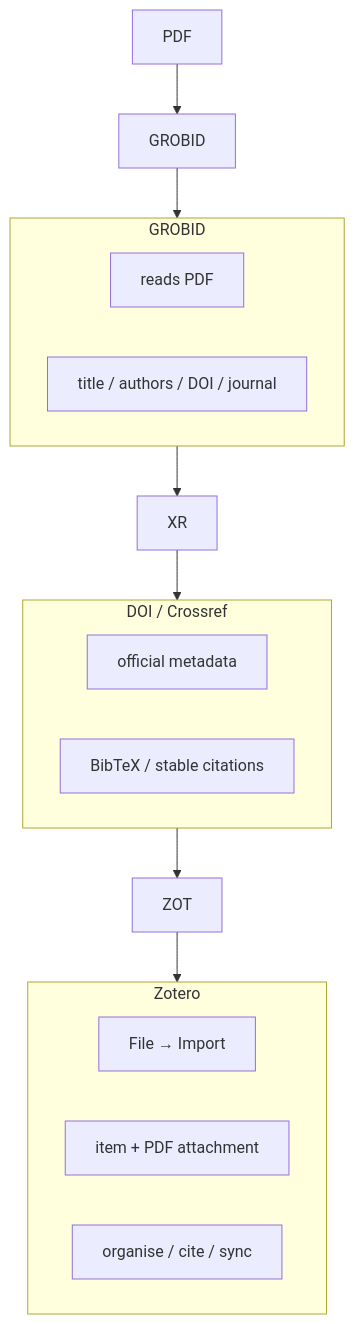
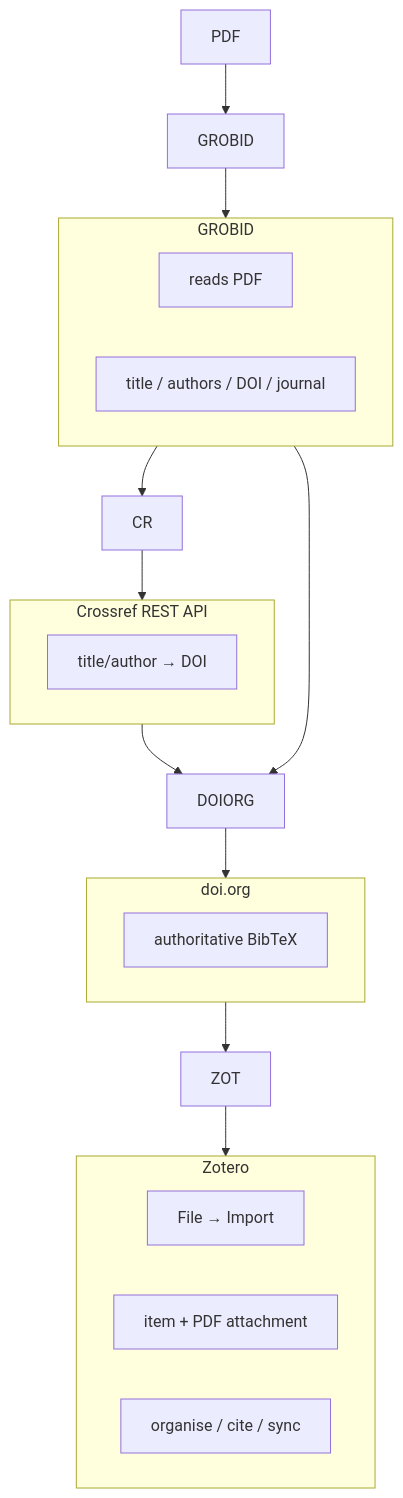
Before and after one commit to jensabrahamsson/pdf2zotero: the seventh of 8 diagrams in GUIDE.md, drawn with Mermaid. The commit also changed other lines of this file and 16 other files, not shown here.

````diff
--- a/GUIDE.md
+++ b/GUIDE.md
@@ -140,22 +142,27 @@
 ```mermaid
 flowchart TD
   PDF[PDF] --> GROBID
   subgraph GROBID_box [GROBID]
     G1[reads PDF]
     G2[title / authors / DOI / journal]
   end
   GROBID --> GROBID_box
-  GROBID_box --> XR
-  subgraph XR_box [DOI / Crossref]
-    X1[official metadata]
-    X2[BibTeX / stable citations]
+  GROBID_box --> CR
+  subgraph CR_box [Crossref REST API]
+    C1[title/author → DOI]
   end
-  XR --> XR_box
-  XR_box --> ZOT
+  CR --> CR_box
+  CR_box --> DOIORG
+  GROBID_box --> DOIORG
+  subgraph DOI_box [doi.org]
+    X1[authoritative BibTeX]
+  end
+  DOIORG --> DOI_box
+  DOI_box --> ZOT
   subgraph ZOT_box [Zotero]
     Z1["File → Import"]
     Z2[item + PDF attachment]
     Z3[organise / cite / sync]
   end
   ZOT --> ZOT_box
 ```
````
